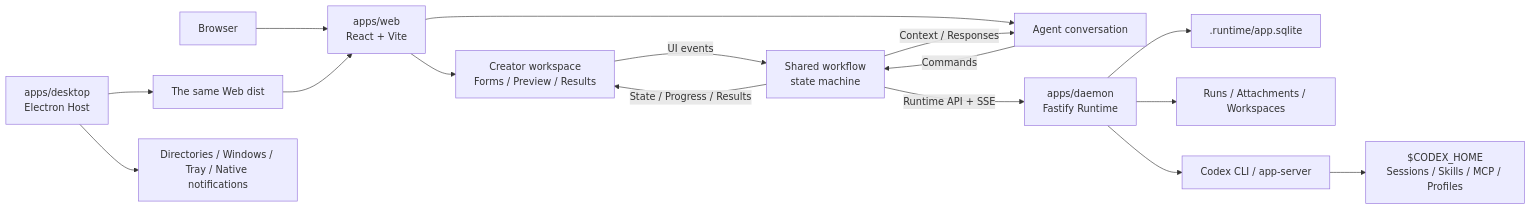
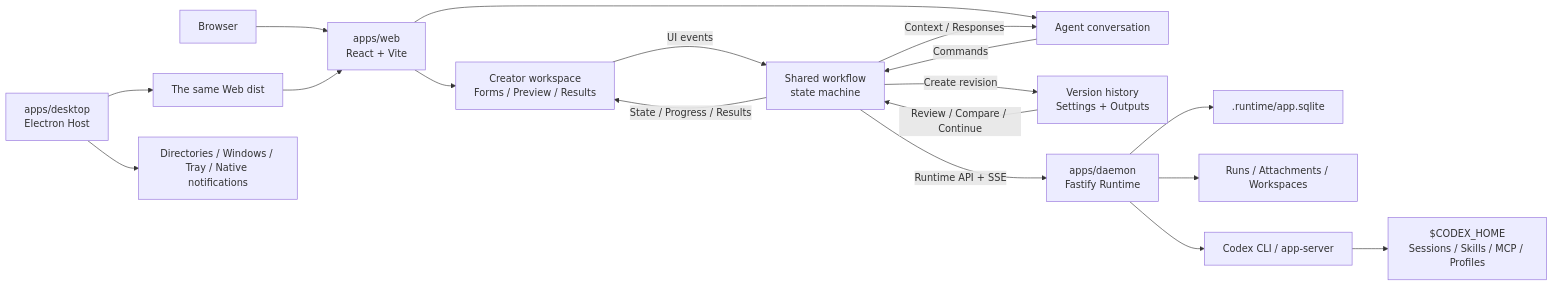
The diagram in README.md (krillinai/OpenCreator), drawn with Mermaid before and after one commit. The commit also changed other lines of this file and 1 other file, not shown here.

````diff
--- a/README.md
+++ b/README.md
@@ -239,18 +242,20 @@
 ```mermaid
 flowchart LR
     Browser["Browser"] --> Web["apps/web<br/>React + Vite"]
     Desktop["apps/desktop<br/>Electron Host"] --> WebBuild["The same Web dist"]
     WebBuild --> Web
     Desktop --> Native["Directories / Windows / Tray / Native notifications"]
     Web --> Workspace["Creator workspace<br/>Forms / Preview / Results"]
     Web --> Conversation["Agent conversation"]
     Workspace -->|"UI events"| StateMachine["Shared workflow<br/>state machine"]
     Conversation -->|"Commands"| StateMachine
     StateMachine -->|"State / Progress / Results"| Workspace
     StateMachine -->|"Context / Responses"| Conversation
+    StateMachine -->|"Create revision"| Versions["Version history<br/>Settings + Outputs"]
+    Versions -->|"Review / Compare / Continue"| StateMachine
     StateMachine -->|"Runtime API + SSE"| Daemon["apps/daemon<br/>Fastify Runtime"]
     Daemon --> DB[".runtime/app.sqlite"]
     Daemon --> Files["Runs / Attachments / Workspaces"]
     Daemon --> Codex["Codex CLI / app-server"]
     Codex --> CodexHome["$CODEX_HOME<br/>Sessions / Skills / MCP / Profiles"]
 ```
````
